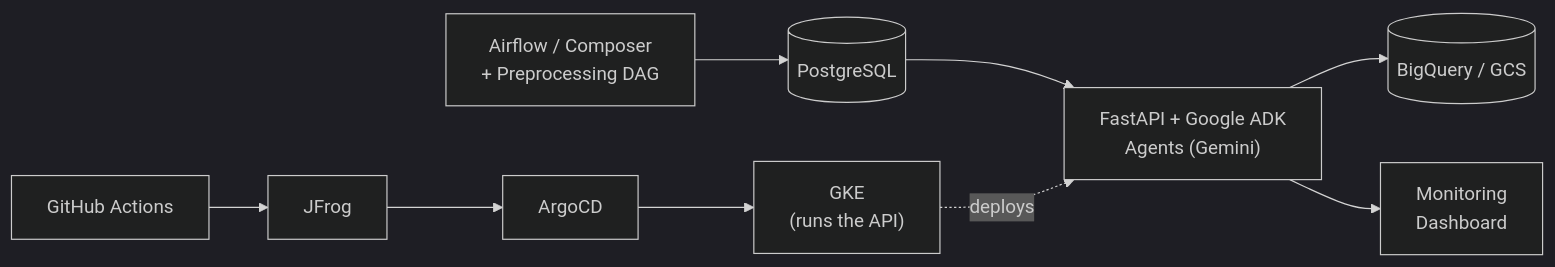
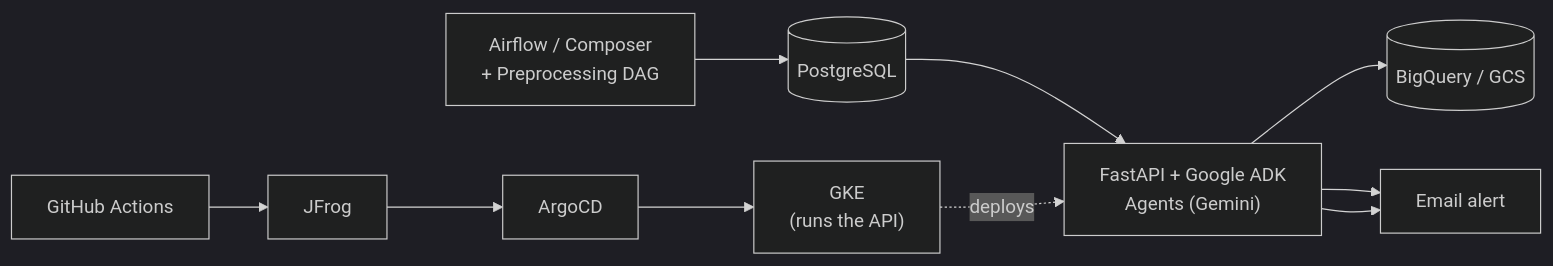
One commit to pratik3848/Production-Support-Agent changed the diagram in README.md. Above: the diagram before and after it, drawn with Mermaid (dark theme).

````diff
--- a/README.md
+++ b/README.md
@@ -97,10 +97,11 @@
 ```mermaid
 flowchart LR
     AF["Airflow / Composer<br/>+ Preprocessing DAG"] --> DB[("PostgreSQL")]
     DB --> API["FastAPI + Google ADK<br/>Agents (Gemini)"]
     API --> BQ[("BigQuery / GCS")]
     API --> DASH["Monitoring<br/>Dashboard"]
+    API --> DASH["Email alert<br/>"]
 
     GHA["GitHub Actions"] --> JFROG["JFrog"] --> ARGO["ArgoCD"] --> GKE["GKE<br/>(runs the API)"]
     GKE -.deploys.-> API
 ```
````
